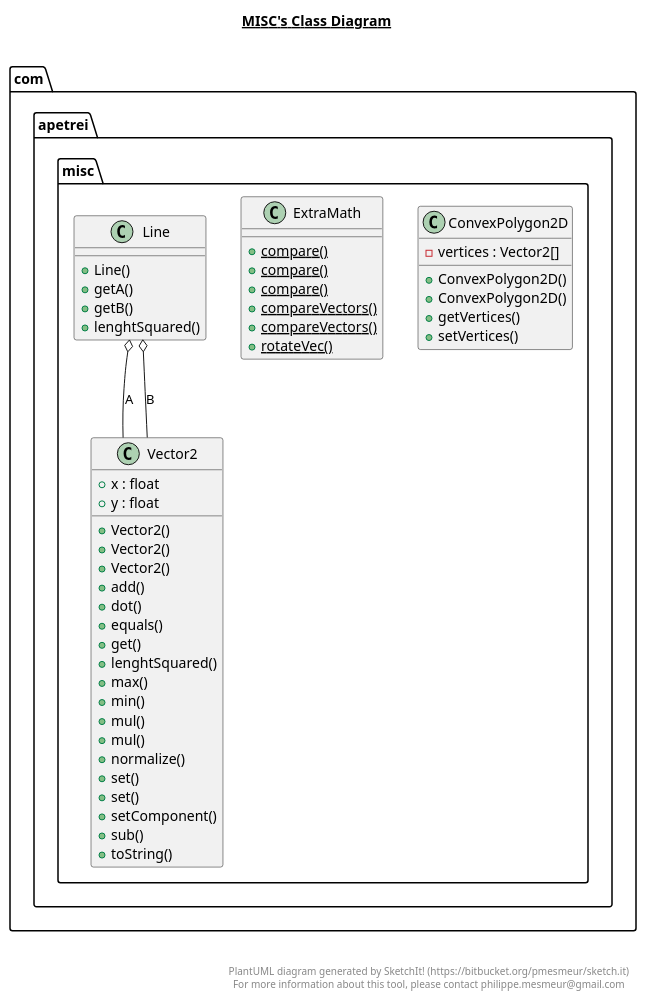
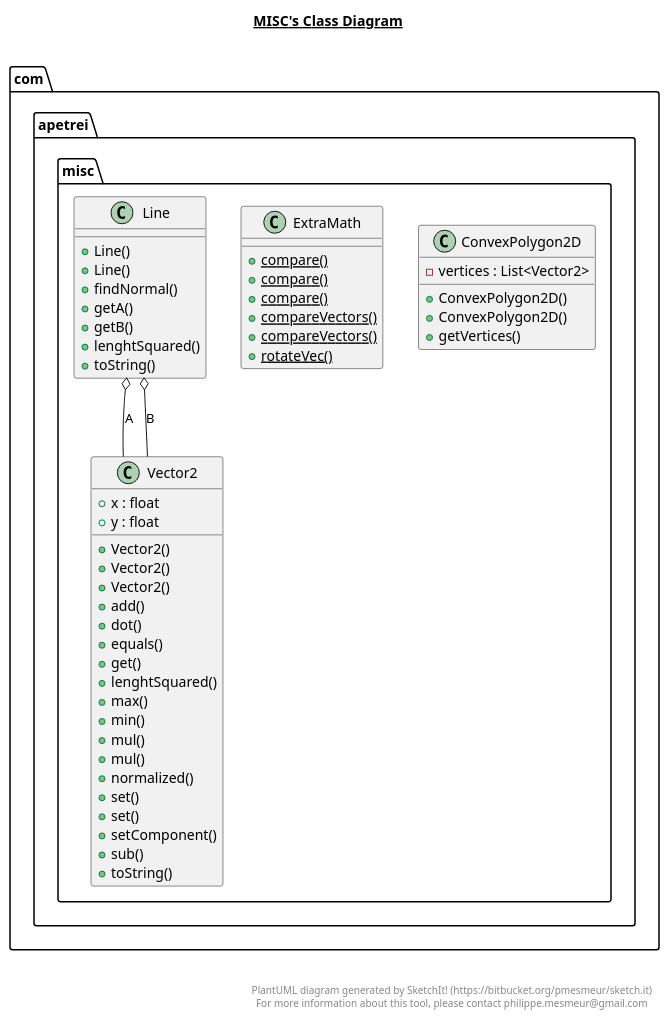
One commit to TheWiseWolfy/Wild-Sky changed the diagram in out/production/Skewed Engine/com/apetrei/misc/misc.plantuml. Above: the diagram before and after it, drawn with PlantUML. The commit also changed 58 other files, not shown here.

```diff
--- a/out/production/Skewed Engine/com/apetrei/misc/misc.plantuml
+++ b/out/production/Skewed Engine/com/apetrei/misc/misc.plantuml
@@ -1,75 +1,77 @@
 @startuml
 
 title __MISC's Class Diagram__\n
 
   namespace com.apetrei.misc {
     class com.apetrei.misc.ConvexPolygon2D {
-        - vertices : Vector2[]
+        - vertices : List<Vector2>
         + ConvexPolygon2D()
         + ConvexPolygon2D()
         + getVertices()
-        + setVertices()
     }
   }
   
 
   namespace com.apetrei.misc {
     class com.apetrei.misc.ExtraMath {
         {static} + compare()
         {static} + compare()
         {static} + compare()
         {static} + compareVectors()
         {static} + compareVectors()
         {static} + rotateVec()
     }
   }
   
 
   namespace com.apetrei.misc {
     class com.apetrei.misc.Line {
         + Line()
+        + Line()
+        + findNormal()
         + getA()
         + getB()
         + lenghtSquared()
+        + toString()
     }
   }
   
 
   namespace com.apetrei.misc {
     class com.apetrei.misc.Vector2 {
         + x : float
         + y : float
         + Vector2()
         + Vector2()
         + Vector2()
         + add()
         + dot()
         + equals()
         + get()
         + lenghtSquared()
         + max()
         + min()
         + mul()
         + mul()
-        + normalize()
+        + normalized()
         + set()
         + set()
         + setComponent()
         + sub()
         + toString()
     }
   }
   
 
   com.apetrei.misc.Line o-- com.apetrei.misc.Vector2 : A
   com.apetrei.misc.Line o-- com.apetrei.misc.Vector2 : B
 
 
 right footer
 
 
 PlantUML diagram generated by SketchIt! (https://bitbucket.org/pmesmeur/sketch.it)
 For more information about this tool, please contact philippe.mesmeur@gmail.com
 endfooter
 
 @enduml
```
